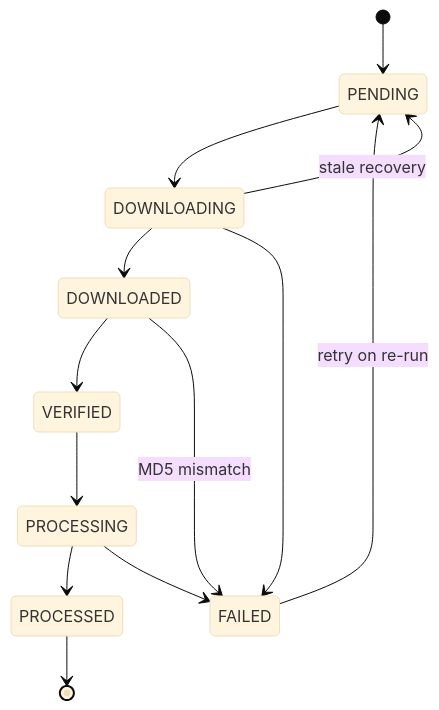
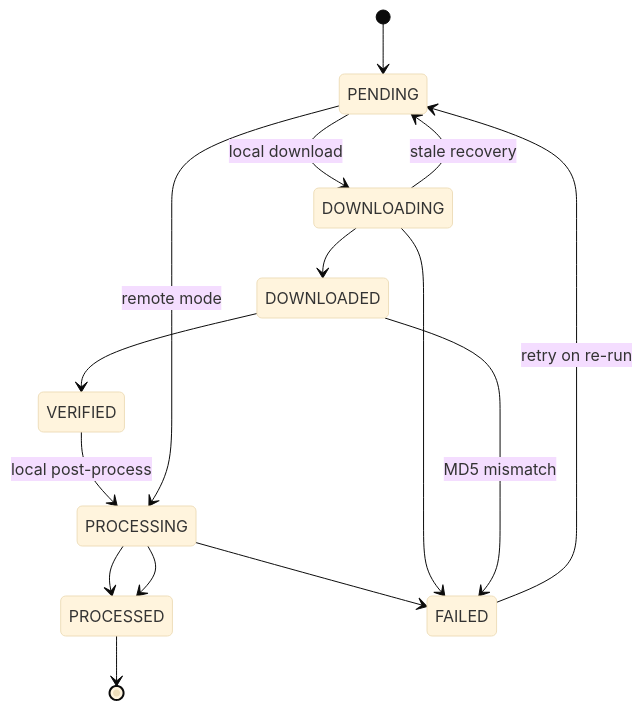
Before and after one commit to digital-idiot/eumdac-fetch: the second of 6 diagrams in docs/architecture.md, drawn with Mermaid (base theme). The commit also changed other lines of this file and 14 other files, not shown here.

Commit message:
Bugfix & New Feature * Update unit tests. * Add remote mode and test. * Fix some minor bugs

````diff
--- a/docs/architecture.md
+++ b/docs/architecture.md
@@ -55,17 +67,20 @@
 ```{mermaid}
 stateDiagram-v2
     [*] --> PENDING
-    PENDING --> DOWNLOADING
+    PENDING --> DOWNLOADING : local download
     DOWNLOADING --> DOWNLOADED
     DOWNLOADED --> VERIFIED
-    VERIFIED --> PROCESSING
+    VERIFIED --> PROCESSING : local post-process
     PROCESSING --> PROCESSED
     PROCESSED --> [*]
 
+    PENDING --> PROCESSING : remote mode
+    PROCESSING --> PROCESSED
+    PROCESSING --> FAILED
+
     DOWNLOADING --> FAILED
     DOWNLOADED --> FAILED : MD5 mismatch
-    PROCESSING --> FAILED
 
     DOWNLOADING --> PENDING : stale recovery
     FAILED --> PENDING : retry on re-run
 ```
````
